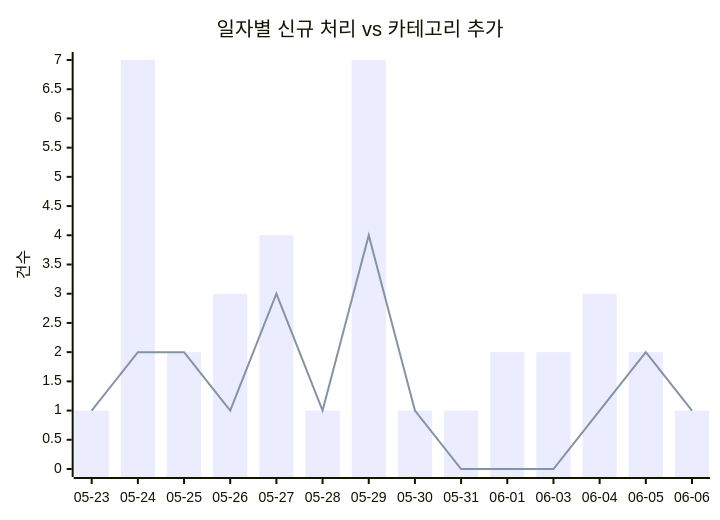
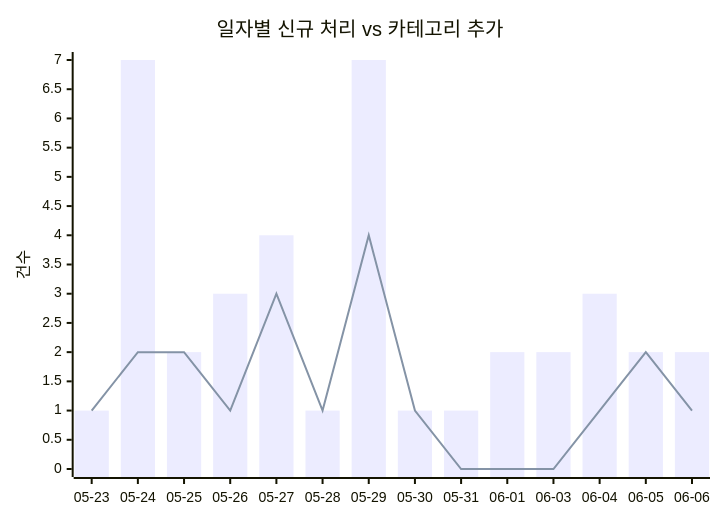
One commit to J-nowcow/awesome-korean-agent-skills changed the first of 2 diagrams in docs/trends.md. Above: the diagram before and after it, drawn with Mermaid. The commit also changed other lines of this file and 2 other files, not shown here.

````diff
--- a/docs/trends.md
+++ b/docs/trends.md
@@ -32,8 +32,8 @@
 ```mermaid
 xychart-beta
     title "일자별 신규 처리 vs 카테고리 추가"
     x-axis ["05-23","05-24","05-25","05-26","05-27","05-28","05-29","05-30","05-31","06-01","06-03","06-04","06-05","06-06"]
     y-axis "건수"
-    bar [1,7,2,3,4,1,7,1,1,2,2,3,2,1]
+    bar [1,7,2,3,4,1,7,1,1,2,2,3,2,2]
     line [1,2,2,1,3,1,4,1,0,0,0,1,2,1]
 ```
````
